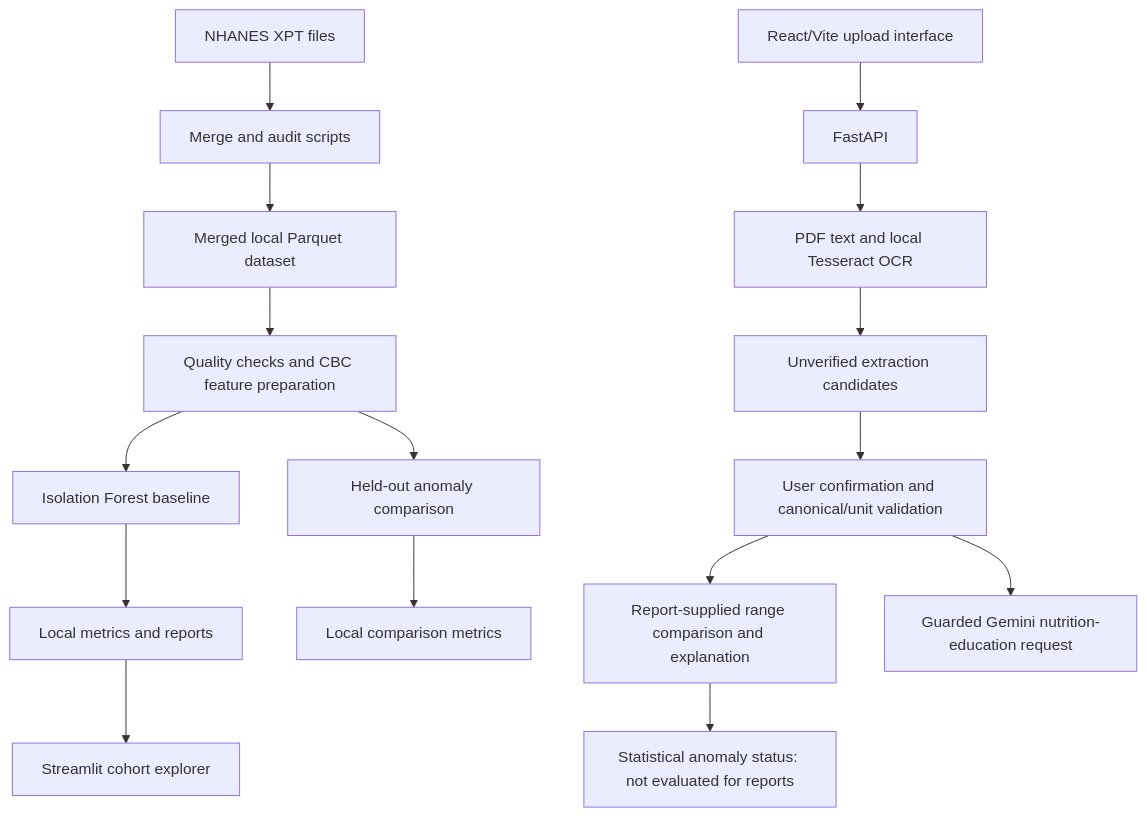
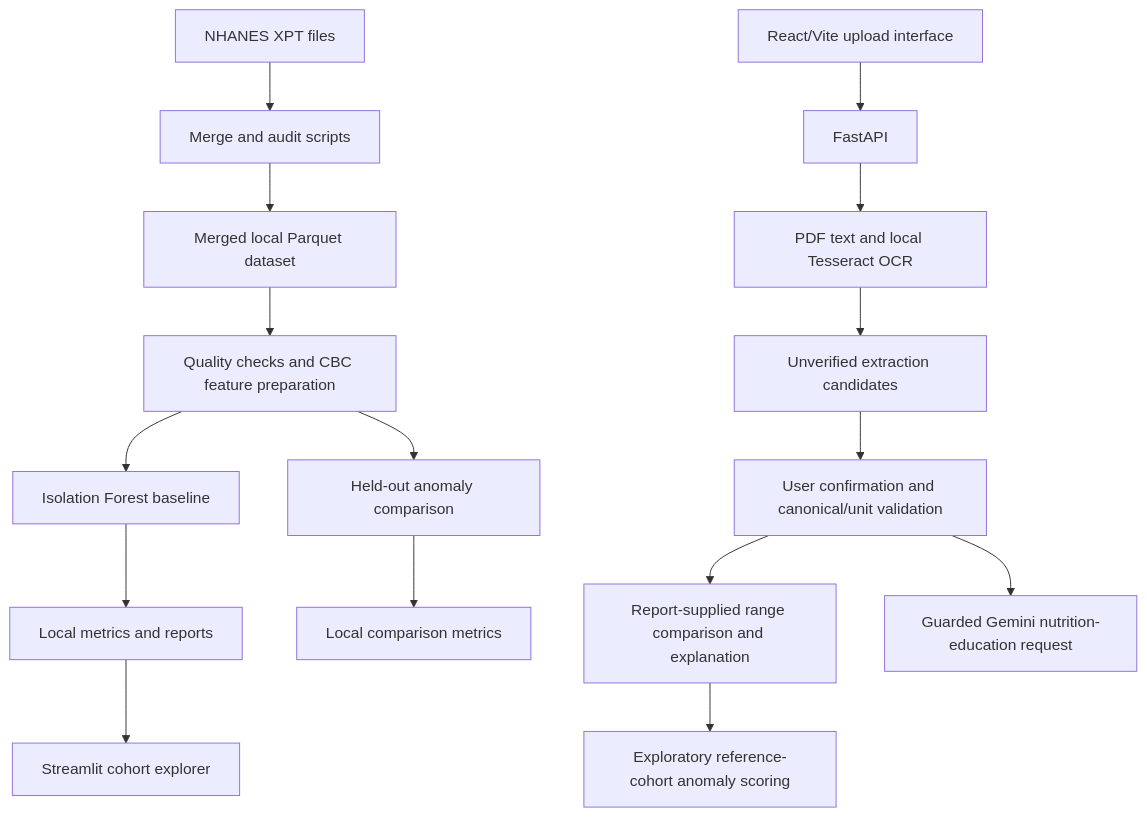
The diagram in README.md (Sambhav-Ja1n/nutrifix-blood-report-ai-diet-recommender), drawn with Mermaid before and after one commit. The commit also changed other lines of this file and 19 other files, not shown here.

Commit message:
feat: integrate reviewed report scoring and frontend flow

````diff
--- a/README.md
+++ b/README.md
@@ -26,18 +26,18 @@
 ```mermaid
 flowchart TD
   A[NHANES XPT files] --> B[Merge and audit scripts]
   B --> C[Merged local Parquet dataset]
   C --> D[Quality checks and CBC feature preparation]
   D --> E[Isolation Forest baseline]
   E --> F[Local metrics and reports]
   F --> G[Streamlit cohort explorer]
   D --> H[Held-out anomaly comparison]
   H --> I[Local comparison metrics]
   J[React/Vite upload interface] --> K[FastAPI]
   K --> L[PDF text and local Tesseract OCR]
   L --> R[Unverified extraction candidates]
   R --> S[User confirmation and canonical/unit validation]
   S --> T[Report-supplied range comparison and explanation]
-  T --> U[Statistical anomaly status: not evaluated for reports]
+  T --> U[Exploratory reference-cohort anomaly scoring]
   S --> M[Guarded Gemini nutrition-education request]
 ```
````
